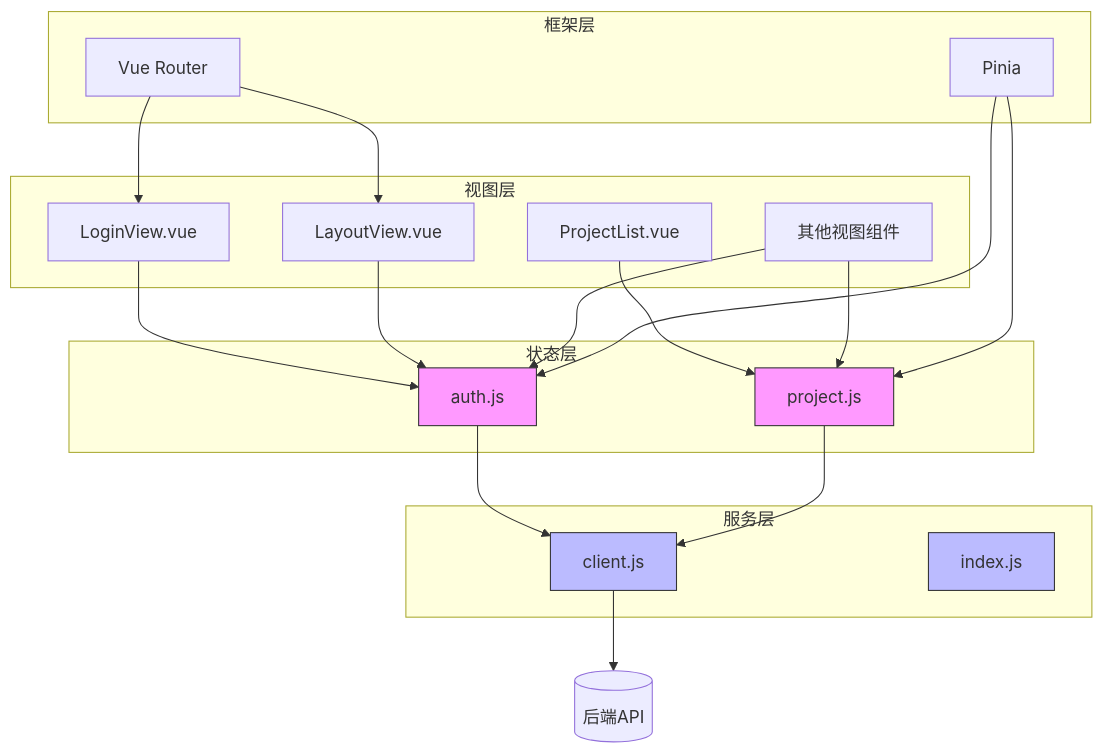
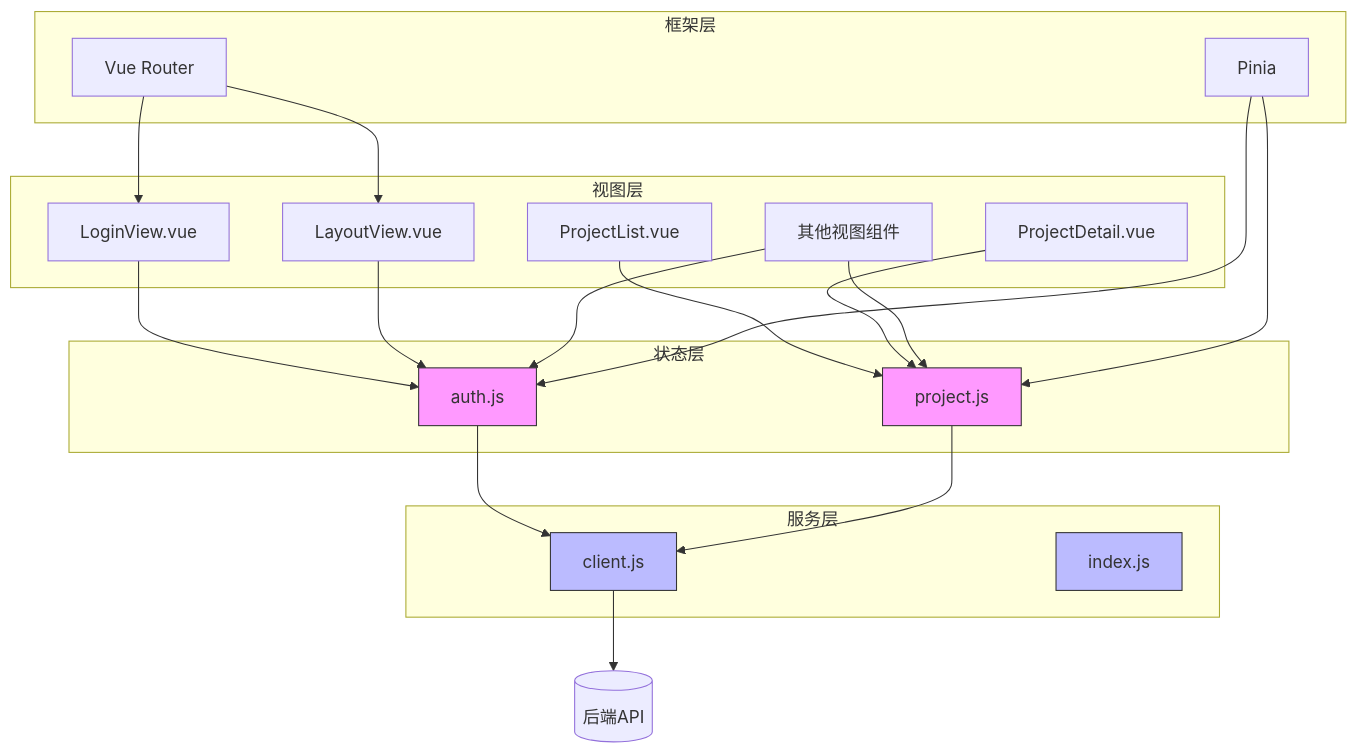
The second of 9 diagrams in .qoder/repowiki/zh/content/前端架构/前端架构.md (aidanguan/testserver), drawn with Mermaid before and after one commit. The commit also changed other lines of this file and 91 other files, not shown here.

````diff
--- a/.qoder/repowiki/zh/content/前端架构/前端架构.md
+++ b/.qoder/repowiki/zh/content/前端架构/前端架构.md
@@ -71,34 +80,36 @@
 ```mermaid
 graph TB
 subgraph "视图层"
 LoginView[LoginView.vue]
 LayoutView[LayoutView.vue]
 ProjectList[ProjectList.vue]
+ProjectDetail[ProjectDetail.vue]
 OtherViews[其他视图组件]
 end
 subgraph "状态层"
 AuthStore[auth.js]
 ProjectStore[project.js]
 end
 subgraph "服务层"
 APIClient[client.js]
 APIIndex[index.js]
 end
 subgraph "框架层"
 VueRouter[Vue Router]
 Pinia[Pinia]
 end
 LoginView --> AuthStore
 LayoutView --> AuthStore
 ProjectList --> ProjectStore
+ProjectDetail --> ProjectStore
 OtherViews --> AuthStore & ProjectStore
 AuthStore --> APIClient
 ProjectStore --> APIClient
 APIClient --> Backend[(后端API)]
 VueRouter --> LoginView & LayoutView
 Pinia --> AuthStore & ProjectStore
 style AuthStore fill:#f9f,stroke:#333
 style ProjectStore fill:#f9f,stroke:#333
 style APIClient fill:#bbf,stroke:#333
 style APIIndex fill:#bbf,stroke:#333
 ```
````
